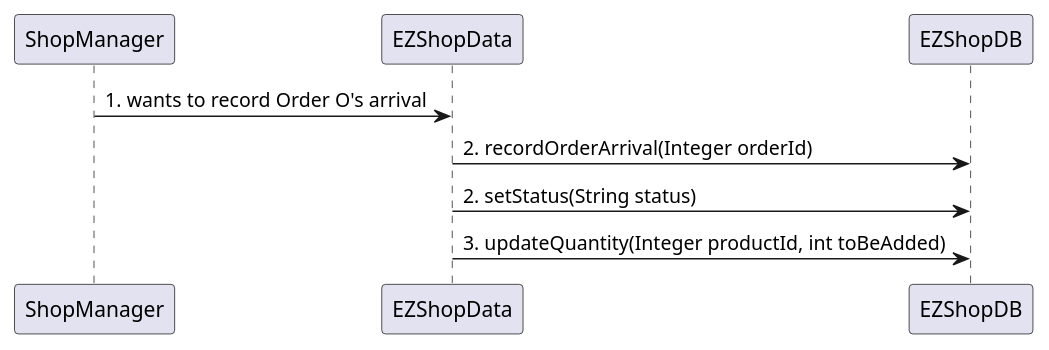
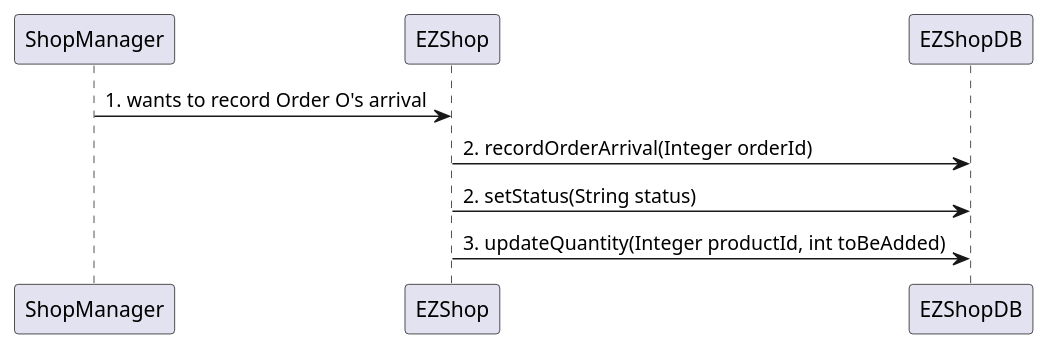
Diagram 11 of 31 in Deliverables/DesignDocument.md (djemar/softeng_ezshop), drawn with PlantUML before and after one commit. The commit also changed other lines of this file, not shown here.

````diff
--- a/Deliverables/DesignDocument.md
+++ b/Deliverables/DesignDocument.md
@@ -346,6 +358,6 @@
 ```plantuml
-"ShopManager" -> "EZShopData": 1. wants to record Order O's arrival
-"EZShopData" -> "EZShopDB" : 2. recordOrderArrival(Integer orderId)
-"EZShopData" -> "EZShopDB" : 2. setStatus(String status)
-"EZShopData" -> "EZShopDB" : 3. updateQuantity(Integer productId, int toBeAdded)
+"ShopManager" -> "EZShop": 1. wants to record Order O's arrival
+"EZShop" -> "EZShopDB" : 2. recordOrderArrival(Integer orderId)
+"EZShop" -> "EZShopDB" : 2. setStatus(String status)
+"EZShop" -> "EZShopDB" : 3. updateQuantity(Integer productId, int toBeAdded)
 ```
````
